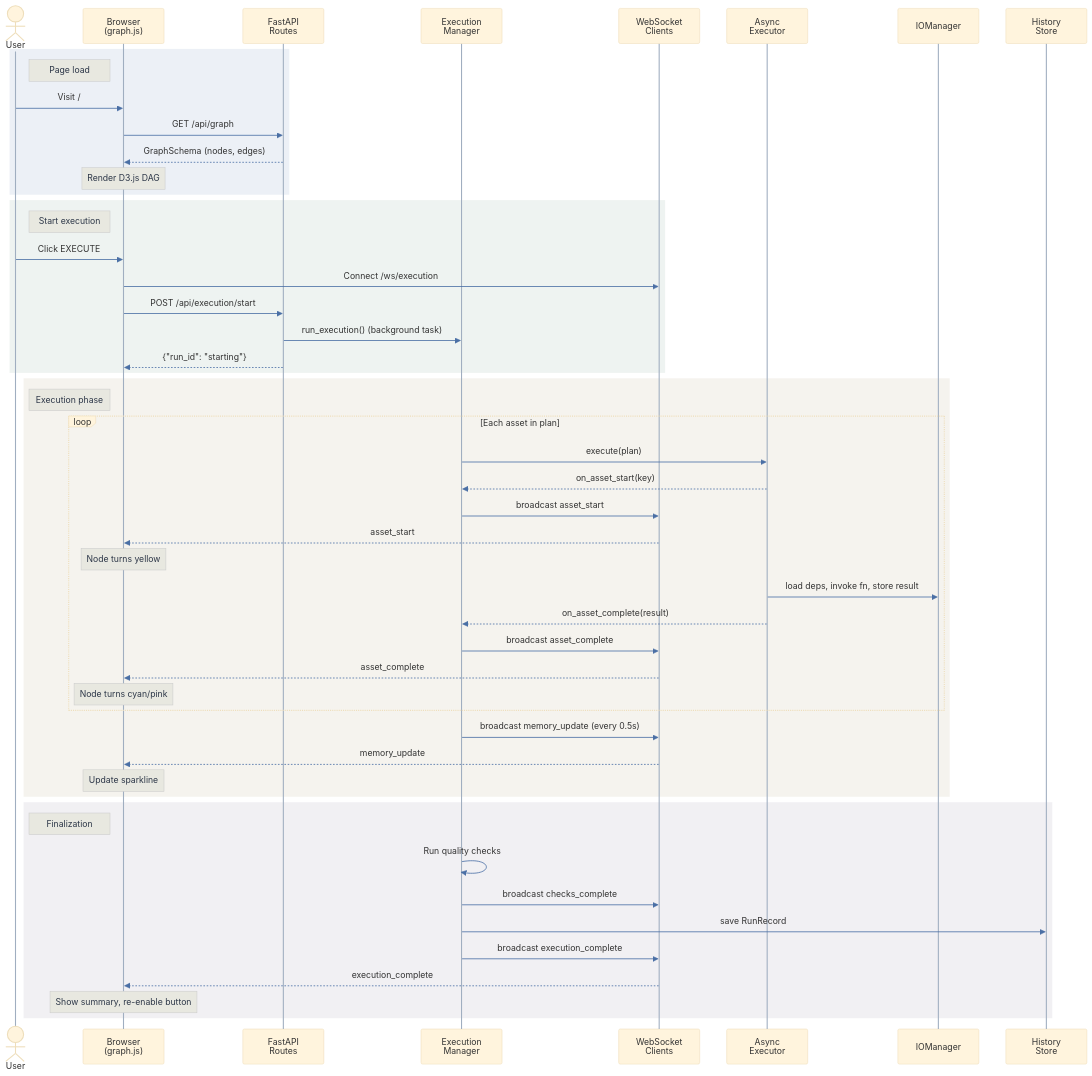
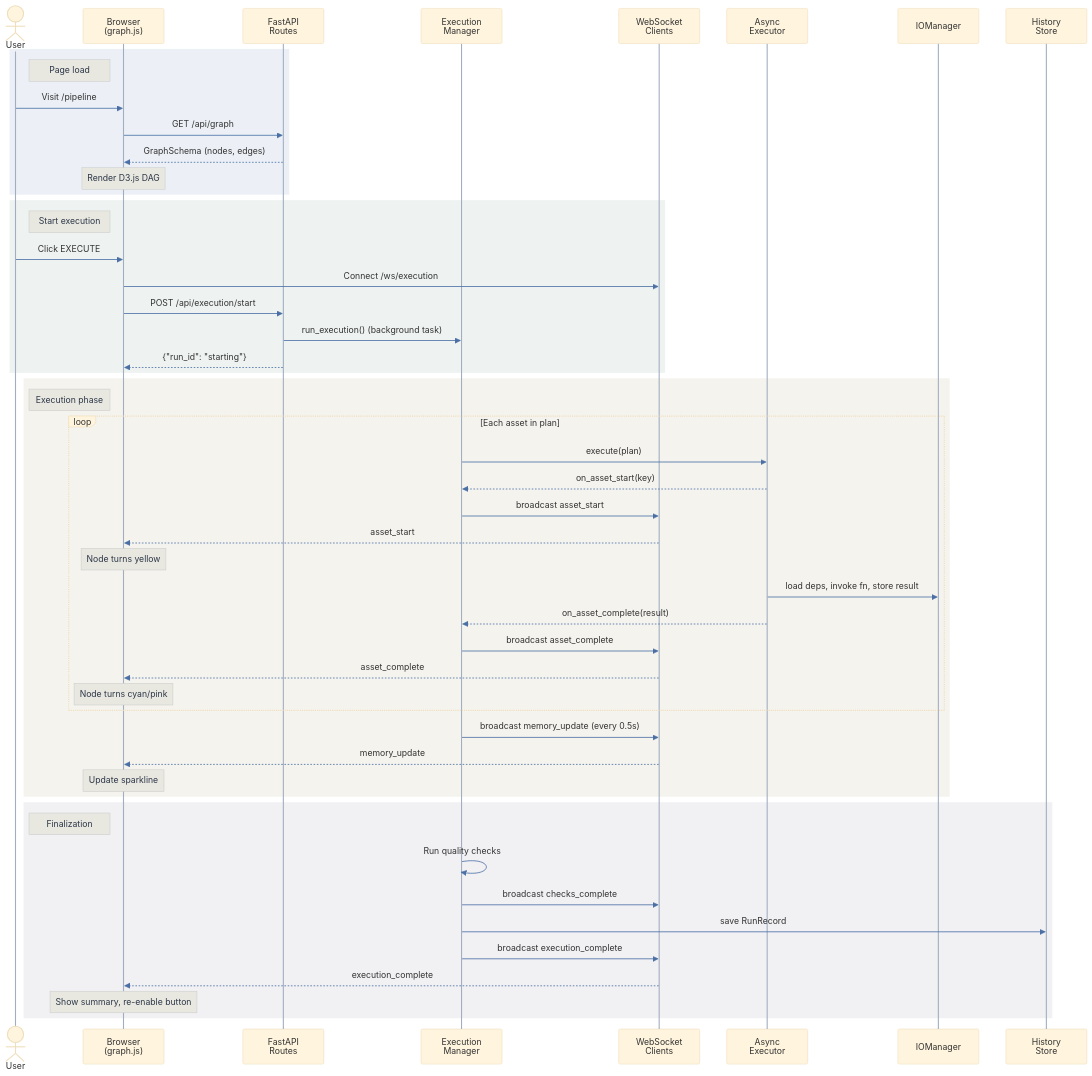
Before and after one commit to cooksterj/lattice: the second of 4 diagrams in docs/web_architecture.md, drawn with Mermaid. The commit also changed other lines of this file, not shown here.

First line of the commit message:
docs(web): update architecture doc for group overview and catalog pages

````diff
--- a/docs/web_architecture.md
+++ b/docs/web_architecture.md
@@ -550,60 +672,60 @@
 ```mermaid
 %%{init: {'theme': 'base', 'themeVariables': {'actorLineColor': '#a0aec0', 'signalColor': '#4a6fa5', 'noteBkgColor': '#e8e8e0', 'noteTextColor': '#2d3748', 'activationBorderColor': '#4a6fa5', 'fontSize': '13px'}}}%%
 sequenceDiagram
     actor User
     participant Browser as Browser<br/>(graph.js)
     participant API as FastAPI<br/>Routes
     participant MGR as Execution<br/>Manager
     participant WS as WebSocket<br/>Clients
     participant EX as Async<br/>Executor
     participant IO as IOManager
     participant HS as History<br/>Store
 
     rect rgba(74, 111, 165, 0.1)
         Note right of User: Page load
-        User ->> Browser: Visit /
+        User ->> Browser: Visit /pipeline
         Browser ->> API: GET /api/graph
         API -->> Browser: GraphSchema (nodes, edges)
         Note over Browser: Render D3.js DAG
     end
 
     rect rgba(90, 138, 114, 0.1)
         Note right of User: Start execution
         User ->> Browser: Click EXECUTE
         Browser ->> WS: Connect /ws/execution
         Browser ->> API: POST /api/execution/start
         API ->> MGR: run_execution() (background task)
         API -->> Browser: {"run_id": "starting"}
     end
 
     rect rgba(160, 136, 90, 0.1)
         Note right of User: Execution phase
         loop Each asset in plan
             MGR ->> EX: execute(plan)
             EX -->> MGR: on_asset_start(key)
             MGR ->> WS: broadcast asset_start
             WS -->> Browser: asset_start
             Note over Browser: Node turns yellow
 
             EX ->> IO: load deps, invoke fn, store result
             EX -->> MGR: on_asset_complete(result)
             MGR ->> WS: broadcast asset_complete
             WS -->> Browser: asset_complete
             Note over Browser: Node turns cyan/pink
         end
 
         MGR ->> WS: broadcast memory_update (every 0.5s)
         WS -->> Browser: memory_update
         Note over Browser: Update sparkline
     end
 
     rect rgba(123, 107, 138, 0.1)
         Note right of User: Finalization
         MGR ->> MGR: Run quality checks
         MGR ->> WS: broadcast checks_complete
         MGR ->> HS: save RunRecord
         MGR ->> WS: broadcast execution_complete
         WS -->> Browser: execution_complete
         Note over Browser: Show summary, re-enable button
     end
 ```
````
